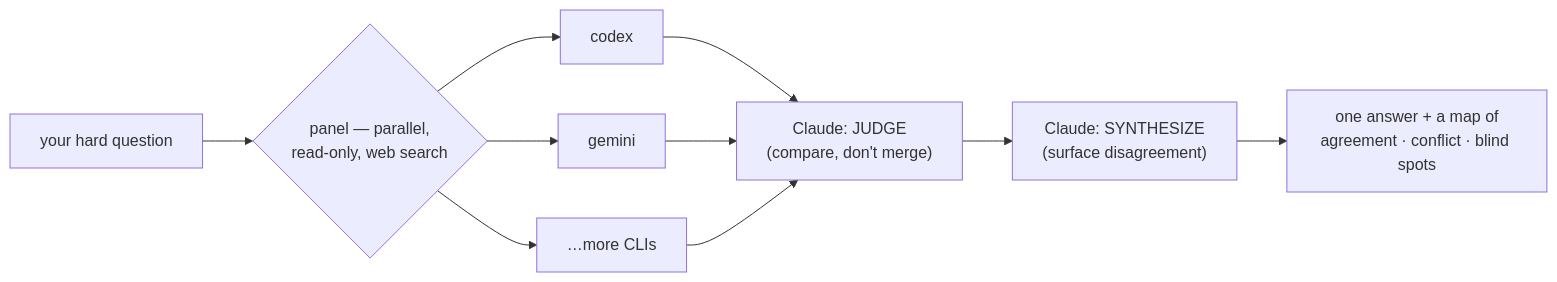
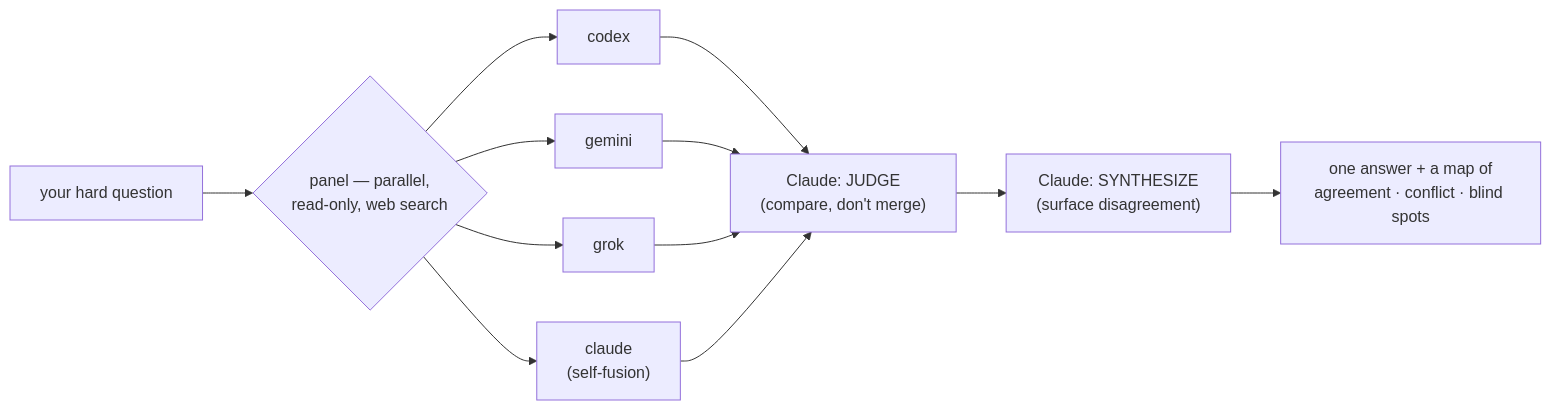
One commit to tlangridge/Alloy changed the diagram in README.md. Above: the diagram before and after it, drawn with Mermaid. The commit also changed other lines of this file and 6 other files, not shown here.

````diff
--- a/README.md
+++ b/README.md
@@ -95,12 +96,14 @@
 ```mermaid
 flowchart LR
   Q["your hard question"] --> P{"panel — parallel,<br/>read-only, web search"}
   P --> C["codex"]
   P --> G["gemini"]
-  P --> M["…more CLIs"]
+  P --> K["grok"]
+  P --> CL["claude<br/>(self-fusion)"]
   C --> J["Claude: JUDGE<br/>(compare, don't merge)"]
   G --> J
-  M --> J
+  K --> J
+  CL --> J
   J --> S["Claude: SYNTHESIZE<br/>(surface disagreement)"]
   S --> A["one answer + a map of<br/>agreement · conflict · blind spots"]
 ```
````
